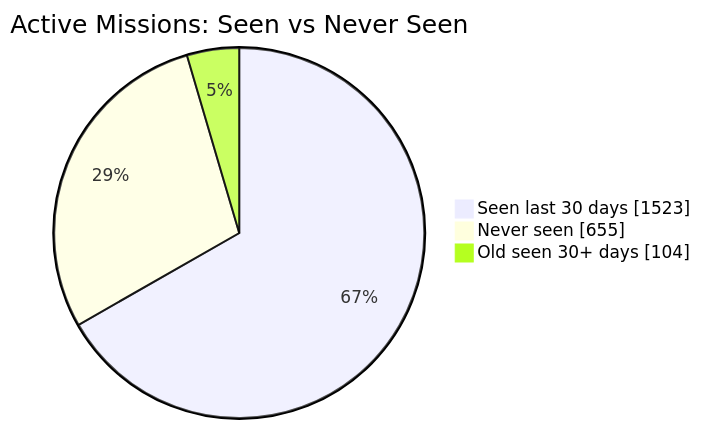
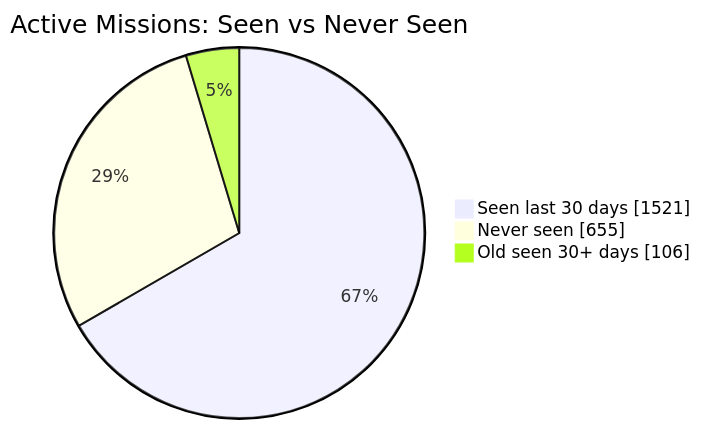
One commit to MeldkamerspelGameTeam/active-missions changed the first of 2 diagrams in README.md. Above: the diagram before and after it, drawn with Mermaid. The commit also changed other lines of this file and 2 other files, not shown here.

````diff
--- a/README.md
+++ b/README.md
@@ -34,7 +34,7 @@
 ```mermaid
 pie showData
     title Active Missions: Seen vs Never Seen
-    "Seen last 30 days" : 1523
+    "Seen last 30 days" : 1521
     "Never seen" : 655
-    "Old seen 30+ days" : 104
+    "Old seen 30+ days" : 106
 ```
````
